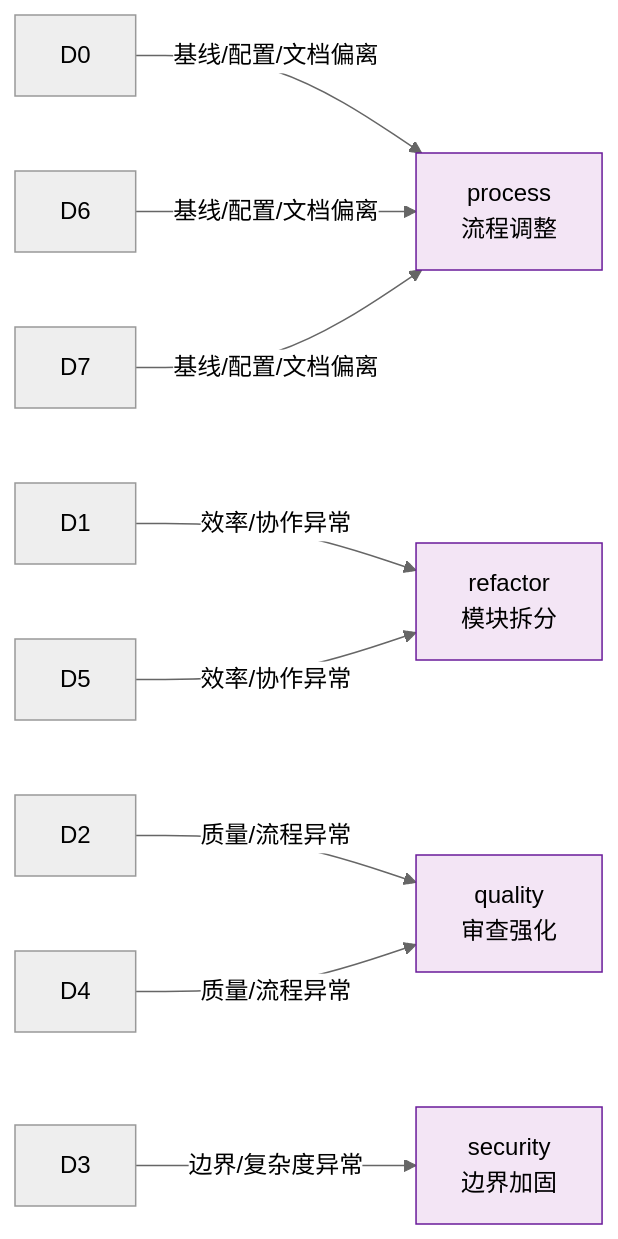
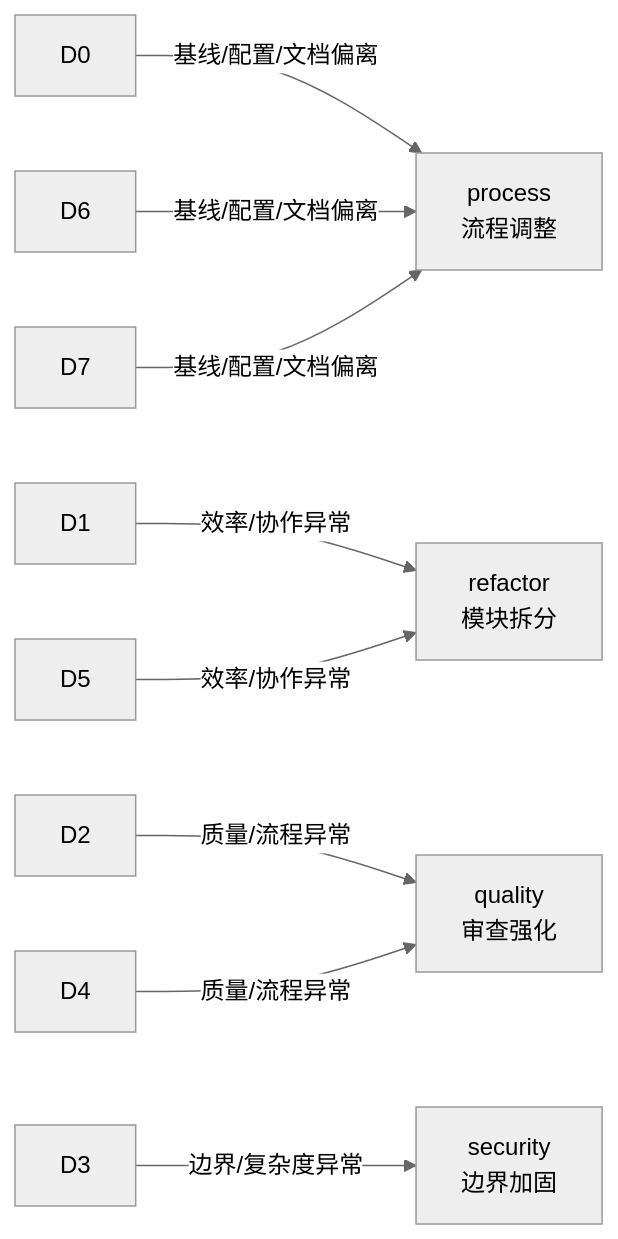
Before and after one commit to effiy/YrY: the sixth of 11 diagrams in rules/self-improve.md, drawn with Mermaid (neutral theme). The commit also changed other lines of this file and 61 other files, not shown here.

````diff
--- a/rules/self-improve.md
+++ b/rules/self-improve.md
@@ -148,9 +135,8 @@
 ```mermaid
 flowchart LR
     D0 & D6 & D7 -->|"基线/配置/文档偏离"| PRC["process<br/>流程调整"]:::prop
     D1 & D5 -->|"效率/协作异常"| REF["refactor<br/>模块拆分"]:::prop
     D2 & D4 -->|"质量/流程异常"| QLT["quality<br/>审查强化"]:::prop
     D3 -->|"边界/复杂度异常"| SEC["security<br/>边界加固"]:::prop
 
-    classDef prop fill:#f3e5f5,stroke:#6a1b9a;
 ```
````
